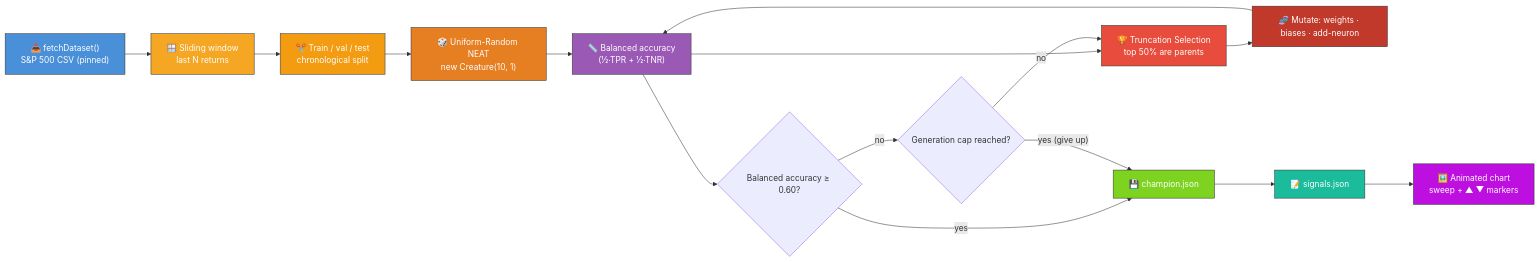
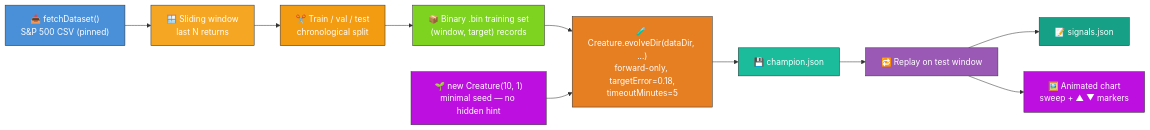
The diagram in stock_market/README.md (stSoftwareAU/NEAT-AI-Examples), drawn with Mermaid before and after one commit. The commit also changed other lines of this file and 11 other files, not shown here.

First line of the commit message:
Audit stock_market: minimal seed + measured telemetry (#218)

````diff
--- a/stock_market/README.md
+++ b/stock_market/README.md
@@ -25,37 +28,30 @@
 ```mermaid
 flowchart LR
     DL["📥 fetchDataset()<br/>S&P 500 CSV (pinned)"]
     SLIDE["🪟 Sliding window<br/>last N returns"]
     SPLIT["✂️ Train / val / test<br/>chronological split"]
-    INIT["🎲 Uniform-Random NEAT<br/>new Creature(10, 1)"]
-    SCORE["📏 Balanced accuracy<br/>(½·TPR + ½·TNR)"]
-    SELECT["🏆 Truncation Selection<br/>top 50% are parents"]
-    MUTATE["🧬 Mutate: weights · biases · add-neuron"]
-    SOLVED{"Balanced accuracy ≥ 0.60?"}
-    CAP{"Generation cap reached?"}
+    BIN["📦 Binary .bin training set<br/>(window, target) records"]
+    SEED["🌱 new Creature(10, 1)<br/>minimal seed — no hidden hint"]
+    EVOLVE["🧪 Creature.evolveDir(dataDir, ...)<br/>forward-only, targetError=0.18,<br/>timeoutMinutes=5"]
     CHAMP["💾 champion.json"]
+    REPLAY["🔁 Replay on test window"]
     SIG["📝 signals.json"]
     CHART["🖼️ Animated chart<br/>sweep + ▲ ▼ markers"]
 
-    DL --> SLIDE --> SPLIT --> INIT --> SCORE
-    SCORE --> SELECT
-    SELECT --> MUTATE
-    MUTATE --> SCORE
-    SCORE --> SOLVED
-    SOLVED -- yes --> CHAMP
-    SOLVED -- no --> CAP
-    CAP -- no --> SELECT
-    CAP -- yes (give up) --> CHAMP
-    CHAMP --> SIG --> CHART
+    DL --> SLIDE --> SPLIT --> BIN --> EVOLVE
+    SEED --> EVOLVE
+    EVOLVE --> CHAMP
+    CHAMP --> REPLAY --> SIG
+    REPLAY --> CHART
 
     style DL fill:#4a90d9,stroke:#333,color:#fff
     style SLIDE fill:#f5a623,stroke:#333,color:#fff
     style SPLIT fill:#f39c12,stroke:#333,color:#fff
-    style INIT fill:#e67e22,stroke:#333,color:#fff
-    style SCORE fill:#9b59b6,stroke:#333,color:#fff
-    style SELECT fill:#e74c3c,stroke:#333,color:#fff
-    style MUTATE fill:#c0392b,stroke:#333,color:#fff
-    style CHAMP fill:#7ed321,stroke:#333,color:#fff
-    style SIG fill:#1abc9c,stroke:#333,color:#fff
+    style BIN fill:#7ed321,stroke:#333,color:#fff
+    style SEED fill:#bd10e0,stroke:#333,color:#fff
+    style EVOLVE fill:#e67e22,stroke:#333,color:#fff
+    style CHAMP fill:#1abc9c,stroke:#333,color:#fff
+    style REPLAY fill:#9b59b6,stroke:#333,color:#fff
+    style SIG fill:#16a085,stroke:#333,color:#fff
     style CHART fill:#bd10e0,stroke:#333,color:#fff
 ```
````
